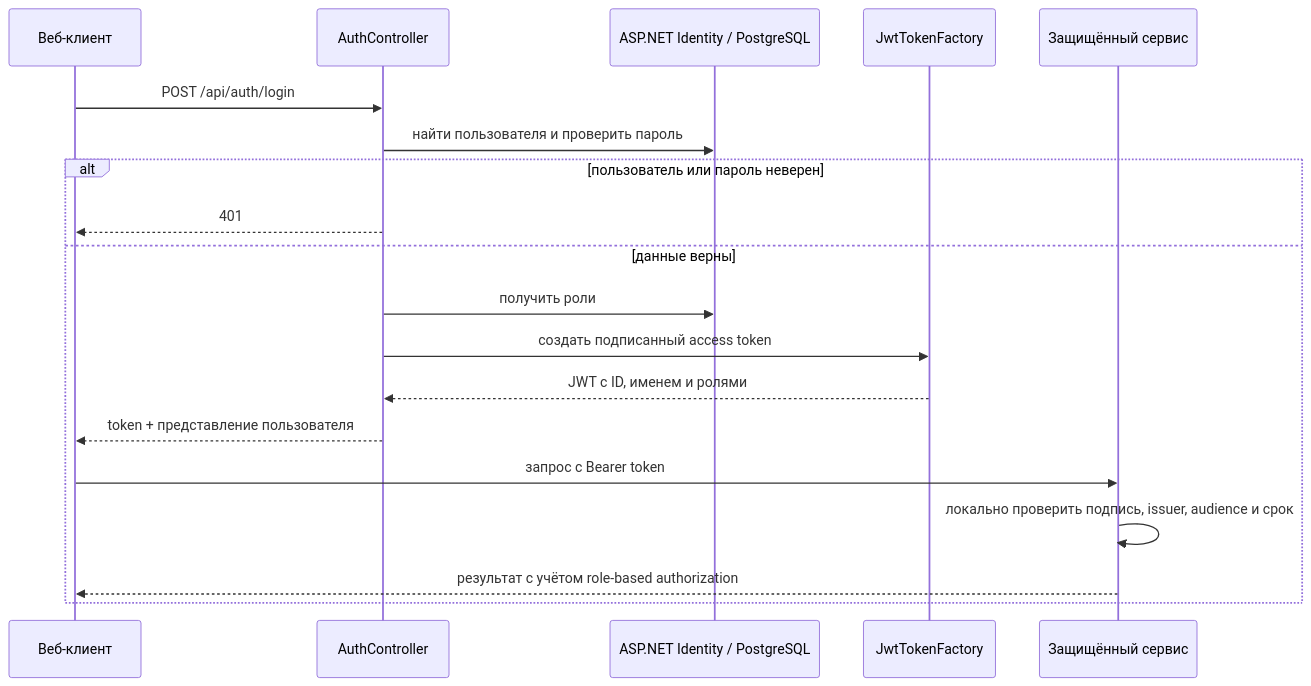
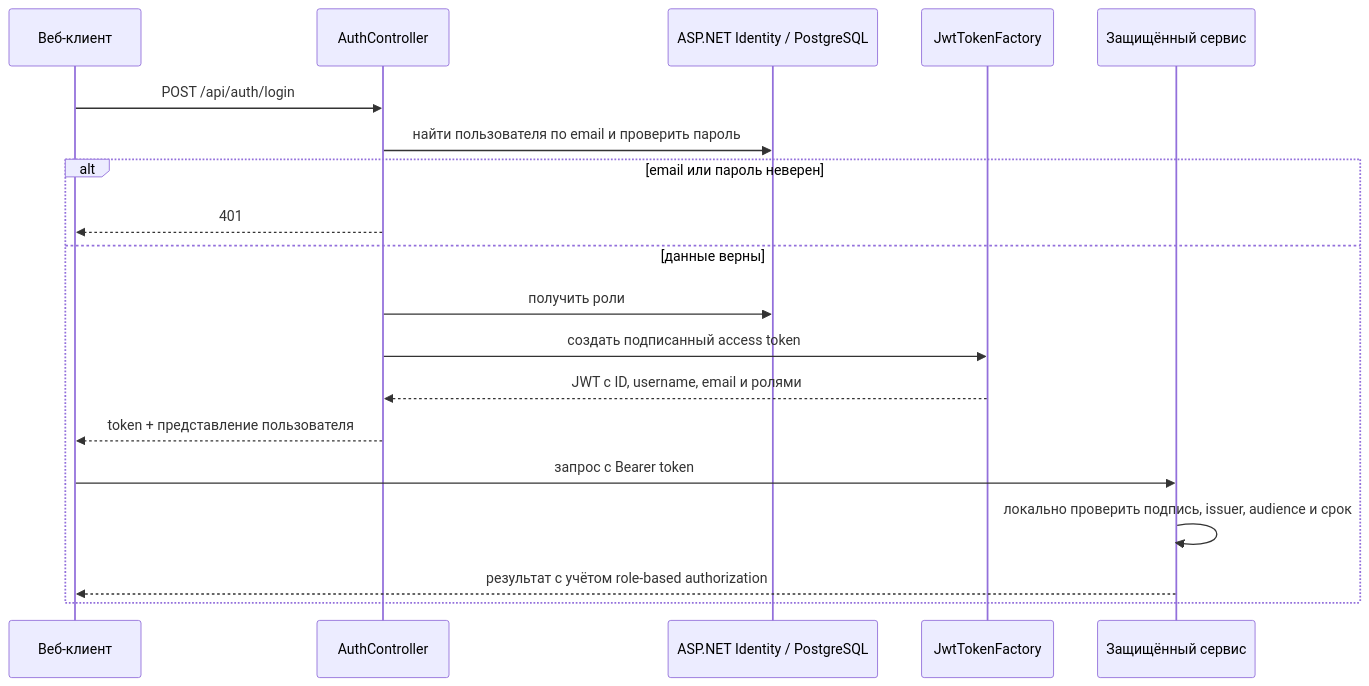
The diagram in docs/auth-service.md (KomaMix/LLMTutorRoom), drawn with Mermaid before and after one commit. The commit also changed other lines of this file and 29 other files, not shown here.

````diff
--- a/docs/auth-service.md
+++ b/docs/auth-service.md
@@ -30,22 +30,22 @@
 ```mermaid
 sequenceDiagram
     participant UI as Веб-клиент
     participant API as AuthController
     participant Identity as ASP.NET Identity / PostgreSQL
     participant JWT as JwtTokenFactory
     participant Service as Защищённый сервис
 
     UI->>API: POST /api/auth/login
-    API->>Identity: найти пользователя и проверить пароль
-    alt пользователь или пароль неверен
+    API->>Identity: найти пользователя по email и проверить пароль
+    alt email или пароль неверен
         API-->>UI: 401
     else данные верны
         API->>Identity: получить роли
         API->>JWT: создать подписанный access token
-        JWT-->>API: JWT с ID, именем и ролями
+        JWT-->>API: JWT с ID, username, email и ролями
         API-->>UI: token + представление пользователя
         UI->>Service: запрос с Bearer token
         Service->>Service: локально проверить подпись, issuer, audience и срок
         Service-->>UI: результат с учётом role-based authorization
     end
 ```
````
